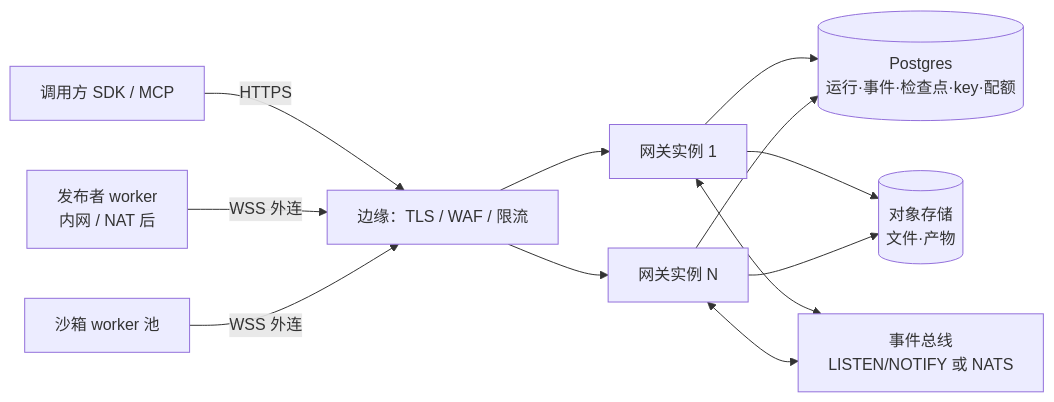
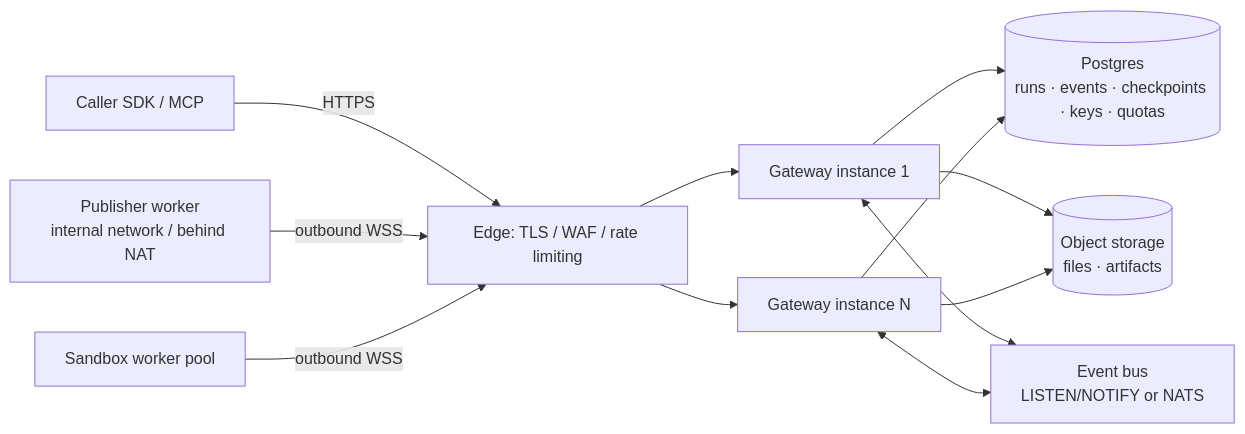
One commit to jiangxingfan1-coder/Open-Agent-API changed the diagram in docs/public-deployment.md. Above: the diagram before and after it, drawn with Mermaid. The commit also changed other lines of this file and 145 other files, not shown here.

````diff
--- a/docs/public-deployment.md
+++ b/docs/public-deployment.md
@@ -244,11 +251,11 @@
 ```mermaid
 flowchart LR
-  C[调用方 SDK / MCP] -->|HTTPS| E[边缘：TLS / WAF / 限流]
-  E --> G1[网关实例 1]
-  E --> G2[网关实例 N]
-  G1 & G2 --> PG[(Postgres<br/>运行·事件·检查点·key·配额)]
-  G1 & G2 --> OS[(对象存储<br/>文件·产物)]
-  G1 & G2 <--> BUS[事件总线<br/>LISTEN/NOTIFY 或 NATS]
-  W1[发布者 worker<br/>内网 / NAT 后] -->|WSS 外连| E
-  SB[沙箱 worker 池] -->|WSS 外连| E
+  C[Caller SDK / MCP] -->|HTTPS| E[Edge: TLS / WAF / rate limiting]
+  E --> G1[Gateway instance 1]
+  E --> G2[Gateway instance N]
+  G1 & G2 --> PG[(Postgres<br/>runs · events · checkpoints · keys · quotas)]
+  G1 & G2 --> OS[(Object storage<br/>files · artifacts)]
+  G1 & G2 <--> BUS[Event bus<br/>LISTEN/NOTIFY or NATS]
+  W1[Publisher worker<br/>internal network / behind NAT] -->|outbound WSS| E
+  SB[Sandbox worker pool] -->|outbound WSS| E
 ```
````
